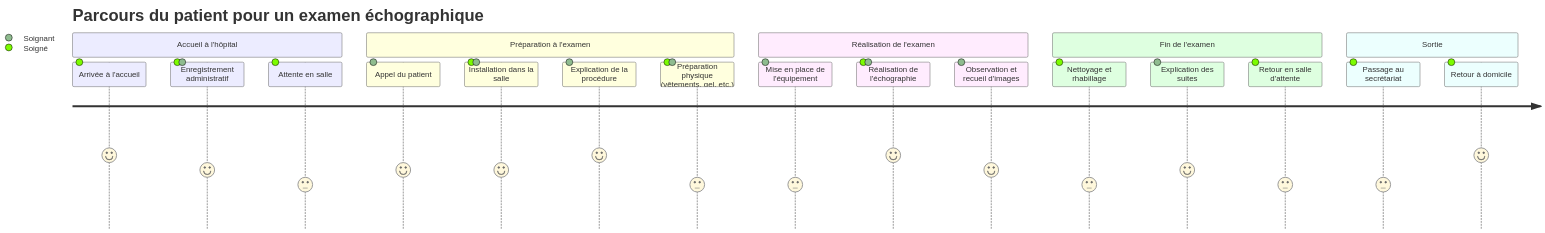
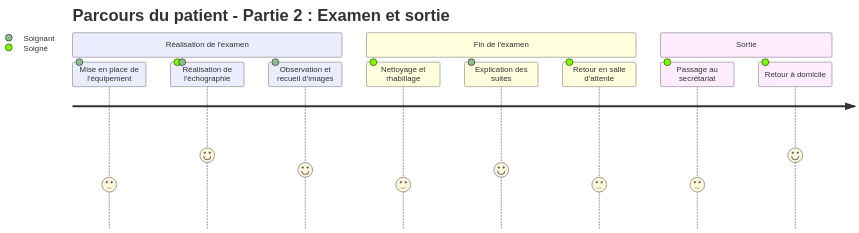
The second of 2 diagrams in test_md.md (lagieremm/wiki-echoibd), drawn with Mermaid before and after one commit. The commit also changed other lines of this file, not shown here.

Commit message:
docs: update test_md

````diff
--- a/test_md.md
+++ b/test_md.md
@@ -28,25 +47,15 @@
 ```mermaid
 journey
-    title Parcours du patient pour un examen échographique
-    section Accueil à l'hôpital
-      Arrivée à l'accueil: 5: Soigné
-      Enregistrement administratif: 4: Soigné, Soignant
-      Attente en salle: 3: Soigné
-    section Préparation à l'examen
-      Appel du patient: 4: Soignant
-      Installation dans la salle: 4: Soigné, Soignant
-      Explication de la procédure: 5: Soignant
-      Préparation physique (vêtements, gel, etc.): 3: Soigné, Soignant
+    title Parcours du patient - Partie 2 : Examen et sortie
     section Réalisation de l'examen
       Mise en place de l'équipement: 3: Soignant
       Réalisation de l'échographie: 5: Soigné, Soignant
       Observation et recueil d'images: 4: Soignant
     section Fin de l'examen
       Nettoyage et rhabillage: 3: Soigné
       Explication des suites: 4: Soignant
       Retour en salle d'attente: 3: Soigné
     section Sortie
       Passage au secrétariat: 3: Soigné
       Retour à domicile: 5: Soigné
-
 ```
````
